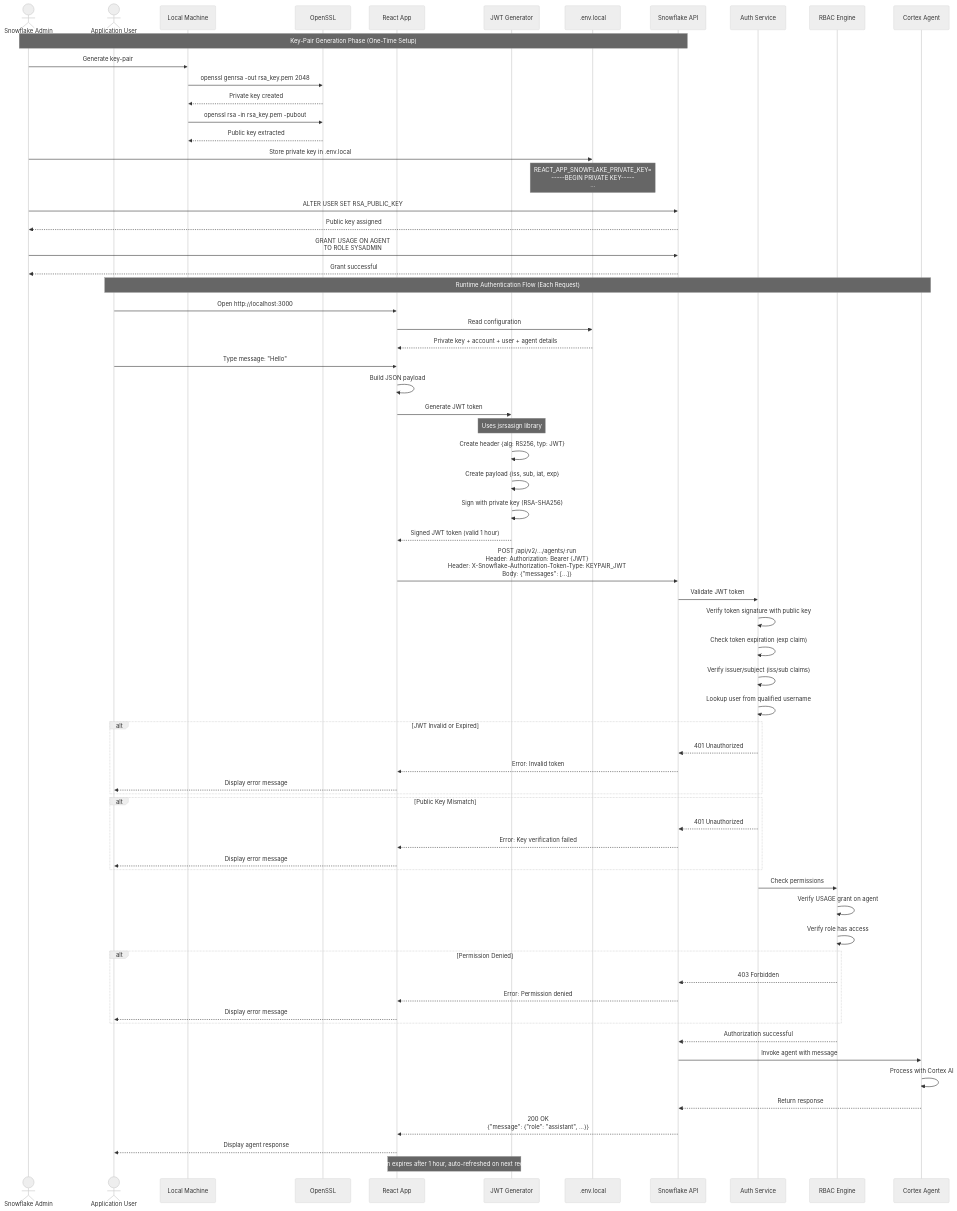
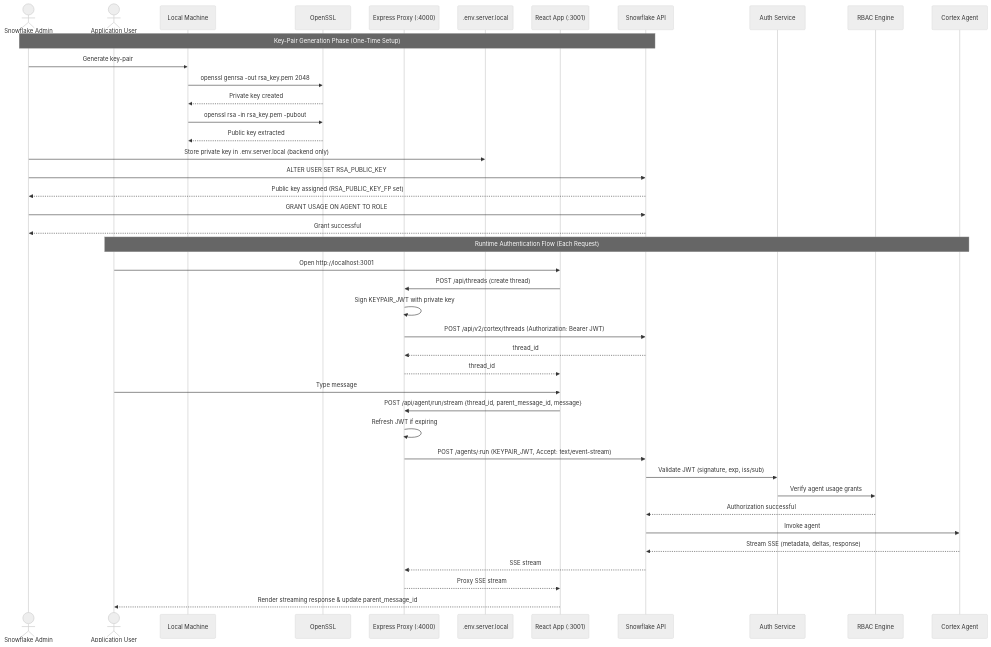
Before and after one commit to sfc-gh-miwhitaker/tools: the diagram in tools/cortex-agent-chat/diagrams/auth-flow.md, drawn with Mermaid (neutral theme). The commit also changed other lines of this file and 21 other files, not shown here.

````diff
--- a/tools/cortex-agent-chat/diagrams/auth-flow.md
+++ b/tools/cortex-agent-chat/diagrams/auth-flow.md
@@ -19,9 +19,9 @@
     actor User as Application User
     participant LocalMachine as Local Machine
     participant OpenSSL as OpenSSL
-    participant React as React App
-    participant JWT as JWT Generator
-    participant Env as .env.local
+    participant Backend as Express Proxy (:4000)
+    participant EnvServer as .env.server.local
+    participant React as React App (:3001)
     participant SF as Snowflake API
     participant Auth as Auth Service
     participant RBAC as RBAC Engine
@@ -32,71 +32,36 @@
     Admin->>LocalMachine: Generate key-pair
     LocalMachine->>OpenSSL: openssl genrsa -out rsa_key.pem 2048
     OpenSSL-->>LocalMachine: Private key created
-    
     LocalMachine->>OpenSSL: openssl rsa -in rsa_key.pem -pubout
     OpenSSL-->>LocalMachine: Public key extracted
     
-    Admin->>Env: Store private key in .env.local
-    Note over Env: REACT_APP_SNOWFLAKE_PRIVATE_KEY=<br/>-----BEGIN PRIVATE KEY-----<br/>...
+    Admin->>EnvServer: Store private key in .env.server.local (backend only)
+    Admin->>SF: ALTER USER SET RSA_PUBLIC_KEY
+    SF-->>Admin: Public key assigned (RSA_PUBLIC_KEY_FP set)
     
-    Admin->>SF: ALTER USER SET RSA_PUBLIC_KEY
-    SF-->>Admin: Public key assigned
-    
-    Admin->>SF: GRANT USAGE ON AGENT<br/>TO ROLE SYSADMIN
+    Admin->>SF: GRANT USAGE ON AGENT TO ROLE
     SF-->>Admin: Grant successful
     
     Note over User,Agent: Runtime Authentication Flow (Each Request)
     
-    User->>React: Open http://localhost:3000
-    React->>Env: Read configuration
-    Env-->>React: Private key + account + user + agent details
+    User->>React: Open http://localhost:3001
+    React->>Backend: POST /api/threads (create thread)
+    Backend->>Backend: Sign KEYPAIR_JWT with private key
+    Backend->>SF: POST /api/v2/cortex/threads (Authorization: Bearer JWT)
+    SF-->>Backend: thread_id
+    Backend-->>React: thread_id
     
-    User->>React: Type message: "Hello"
-    React->>React: Build JSON payload
+    User->>React: Type message
+    React->>Backend: POST /api/agent/run/stream {thread_id, parent_message_id, message}
+    Backend->>Backend: Refresh JWT if expiring
+    Backend->>SF: POST /agents/:run (KEYPAIR_JWT, Accept: text/event-stream)
     
-    React->>JWT: Generate JWT token
-    Note over JWT: Uses jsrsasign library
-    JWT->>JWT: Create header {alg: RS256, typ: JWT}
-    JWT->>JWT: Create payload {iss, sub, iat, exp}
-    JWT->>JWT: Sign with private key (RSA-SHA256)
-    JWT-->>React: Signed JWT token (valid 1 hour)
-    
-    React->>SF: POST /api/v2/.../agents/:run<br/>Header: Authorization: Bearer {JWT}<br/>Header: X-Snowflake-Authorization-Token-Type: KEYPAIR_JWT<br/>Body: {"messages": [...]}
-    
-    SF->>Auth: Validate JWT token
-    Auth->>Auth: Verify token signature with public key
-    Auth->>Auth: Check token expiration (exp claim)
-    Auth->>Auth: Verify issuer/subject (iss/sub claims)
-    Auth->>Auth: Lookup user from qualified username
-    
-    alt JWT Invalid or Expired
-        Auth-->>SF: 401 Unauthorized
-        SF-->>React: Error: Invalid token
-        React-->>User: Display error message
-    end
-    
-    alt Public Key Mismatch
-        Auth-->>SF: 401 Unauthorized
-        SF-->>React: Error: Key verification failed
-        React-->>User: Display error message
-    end
-    
-    Auth->>RBAC: Check permissions
-    RBAC->>RBAC: Verify USAGE grant on agent
-    RBAC->>RBAC: Verify role has access
-    
-    alt Permission Denied
-        RBAC-->>SF: 403 Forbidden
-        SF-->>React: Error: Permission denied
-        React-->>User: Display error message
-    end
-    
+    SF->>Auth: Validate JWT (signature, exp, iss/sub)
+    Auth->>RBAC: Verify agent usage grants
     RBAC-->>SF: Authorization successful
-    SF->>Agent: Invoke agent with message
-    Agent->>Agent: Process with Cortex AI
-    Agent-->>SF: Return response
-    SF-->>React: 200 OK<br/>{"message": {"role": "assistant", ...}}
-    React-->>User: Display agent response
-    
-    Note over React,JWT: Token expires after 1 hour, auto-refreshed on next request
+    SF->>Agent: Invoke agent
+    Agent-->>SF: Stream SSE (metadata, deltas, response)
+    SF-->>Backend: SSE stream
+    Backend-->>React: Proxy SSE stream
+    React-->>User: Render streaming response & update parent_message_id
 ```
````
